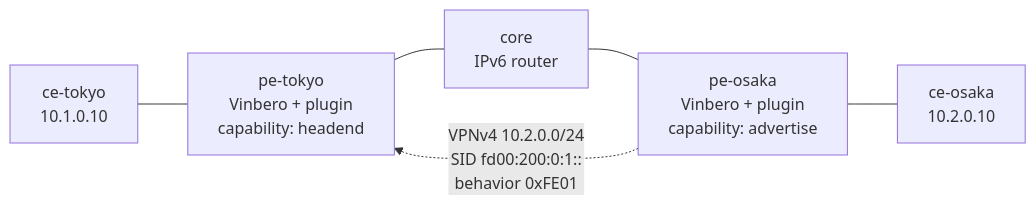
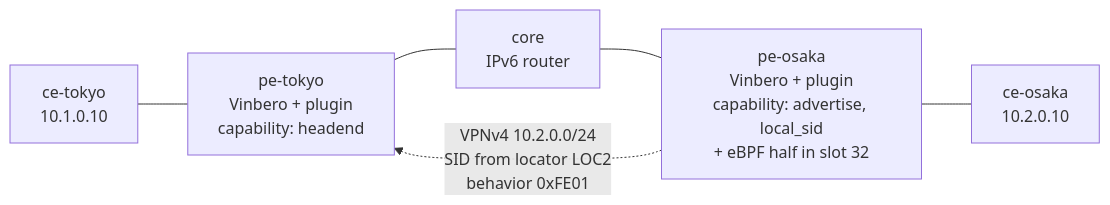
The diagram in examples/interop-clab/scenarios/cplane-plugin-2site/README.md (takehaya/Vinbero), drawn with Mermaid before and after one commit. The commit also changed other lines of this file and 11 other files, not shown here.

First line of the commit message:
feat(interop): cplane plugin の一周を eBPF half 込みで実機検証する

````diff
--- a/examples/interop-clab/scenarios/cplane-plugin-2site/README.md
+++ b/examples/interop-clab/scenarios/cplane-plugin-2site/README.md
@@ -6,15 +6,15 @@
 ```mermaid
 graph LR
     CET["ce-tokyo<br/>10.1.0.10"]
     PET["pe-tokyo<br/>Vinbero + plugin<br/>capability: headend"]
     CORE["core<br/>IPv6 router"]
-    PEO["pe-osaka<br/>Vinbero + plugin<br/>capability: advertise"]
+    PEO["pe-osaka<br/>Vinbero + plugin<br/>capability: advertise, local_sid<br/>+ eBPF half in slot 32"]
     CEO["ce-osaka<br/>10.2.0.10"]
 
     CET --- PET
     PET --- CORE
     CORE --- PEO
     PEO --- CEO
 
-    PEO -. "VPNv4 10.2.0.0/24<br/>SID fd00:200:0:1::<br/>behavior 0xFE01" .-> PET
+    PEO -. "VPNv4 10.2.0.0/24<br/>SID from locator LOC2<br/>behavior 0xFE01" .-> PET
 ```
````
